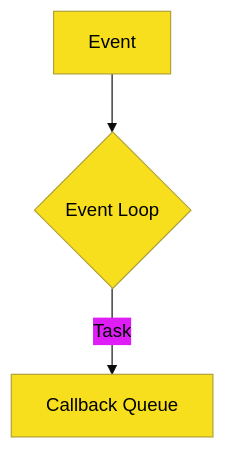
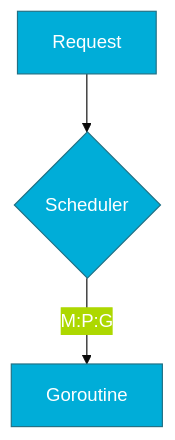
One commit to syahputrawork98-sketch/Golang-Knowledge-Base changed the diagram in docs/standards/aesthetic.md. Above: the diagram before and after it, drawn with Mermaid. The commit also changed other lines of this file and 15 other files, not shown here.

````diff
--- a/docs/standards/aesthetic.md
+++ b/docs/standards/aesthetic.md
@@ -12,6 +12,6 @@
 ```mermaid
-%%{init: {'theme': 'base', 'themeVariables': { 'primaryColor': '#F7DF1E', 'primaryTextColor': '#000'}}}%%
+%%{init: {'theme': 'base', 'themeVariables': { 'primaryColor': '#00ADD8', 'primaryTextColor': '#FFF'}}}%%
 graph TD
-    A[Event] --> B{Event Loop}
-    B -->|Task| C[Callback Queue]
+    A[Request] --> B{Scheduler}
+    B -->|M:P:G| C[Goroutine]
 ```
````
